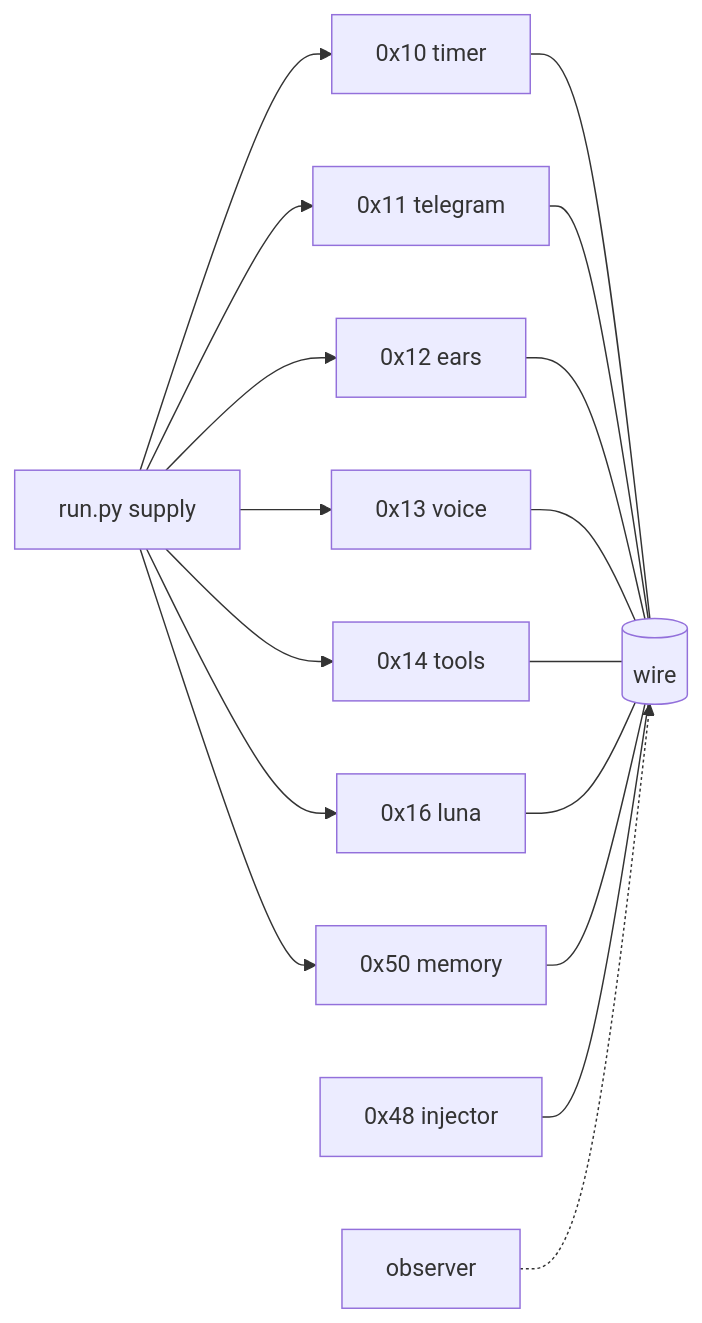
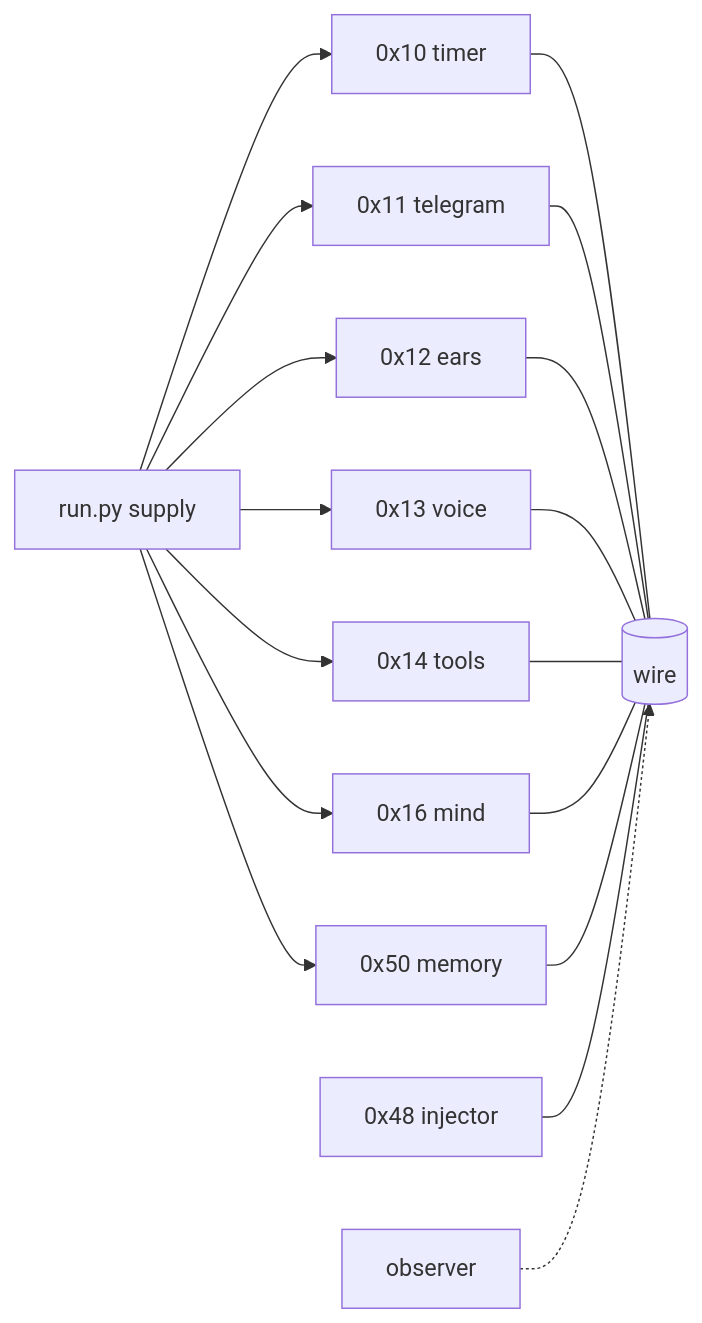
Before and after one commit to wgabrys88/Trident: the diagram in README.md, drawn with Mermaid. The commit also changed other lines of this file and 13 other files, not shown here.

````diff
--- a/README.md
+++ b/README.md
@@ -5,29 +40,29 @@
 ```mermaid
 flowchart LR
   run[run.py supply]
   t10[0x10 timer]
   t11[0x11 telegram]
   t12[0x12 ears]
   t13[0x13 voice]
   t14[0x14 tools]
-  t16[0x16 luna]
+  t16[0x16 mind]
   t50[0x50 memory]
   t48[0x48 injector]
   obs[observer]
   run --> t10
   run --> t11
   run --> t12
   run --> t13
   run --> t14
   run --> t16
   run --> t50
   t10 --- bus[(wire)]
   t11 --- bus
   t12 --- bus
   t13 --- bus
   t14 --- bus
   t16 --- bus
   t50 --- bus
   t48 --- bus
   obs -.-> bus
 ```
````
